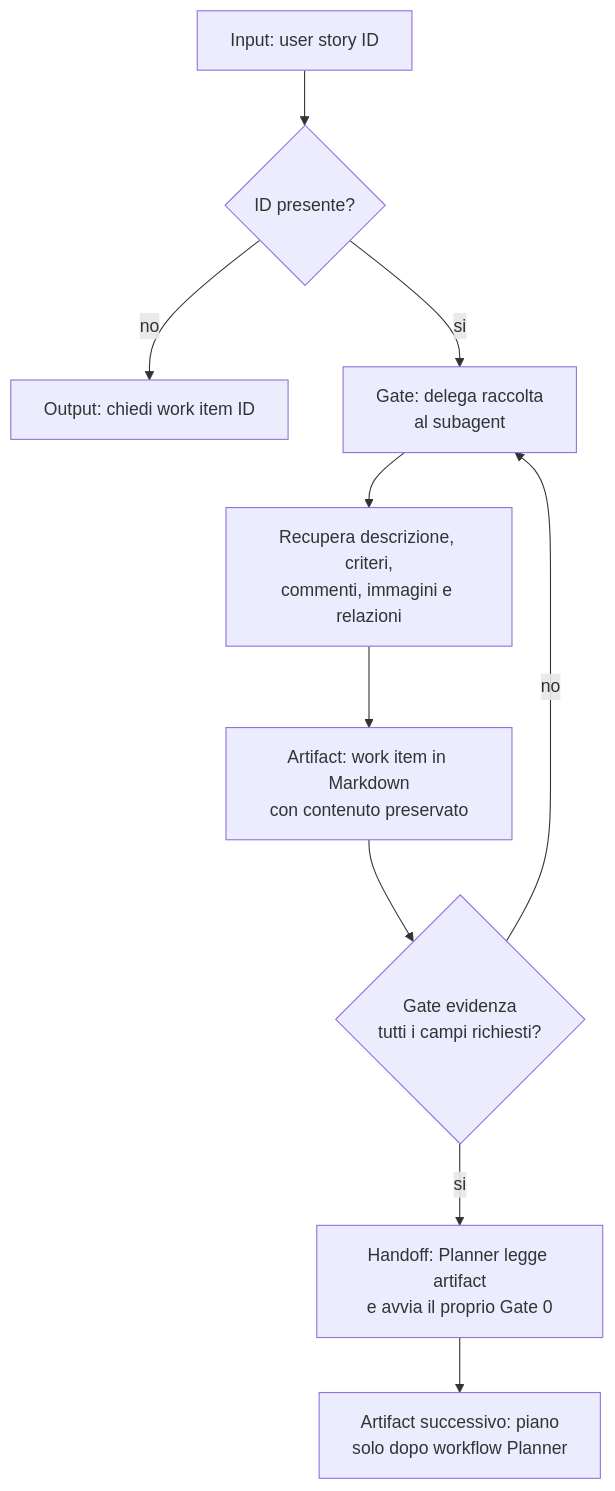
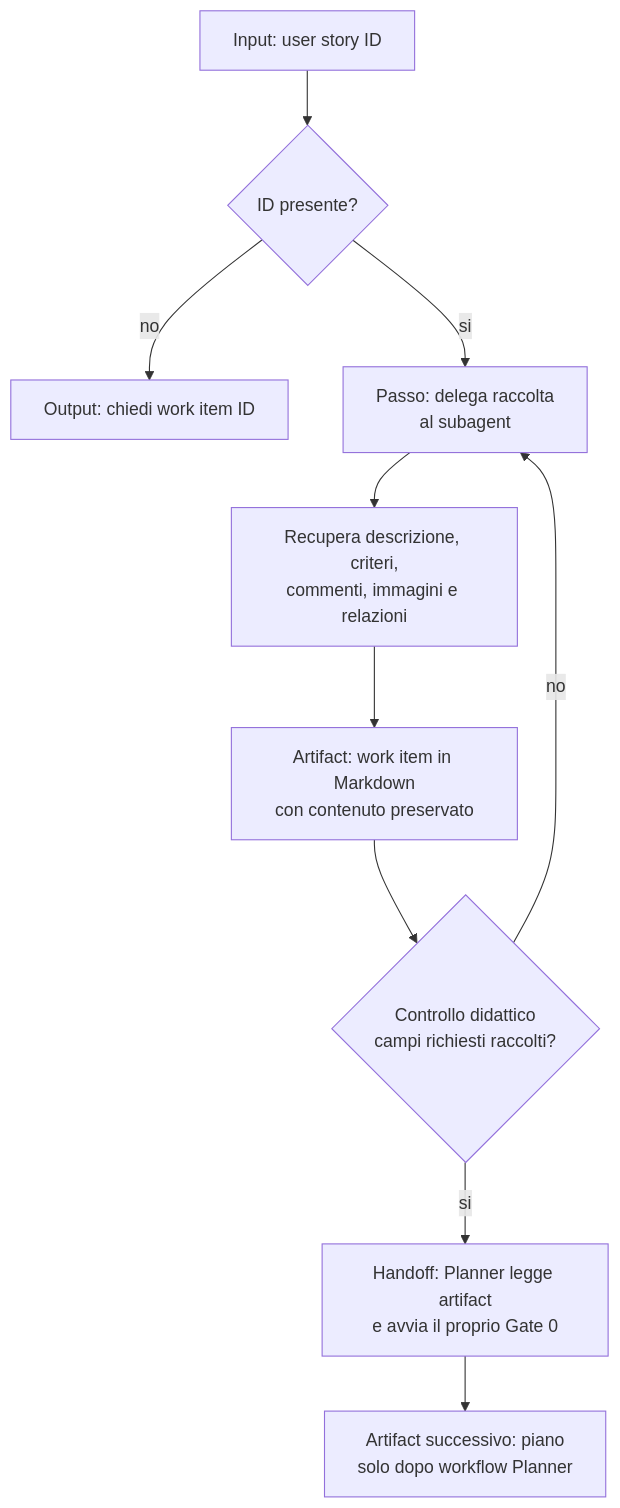
Before and after one commit to violabg/agentic-system-lessons: the diagram in role-maps/skills/plan-user-story-from-id.md, drawn with Mermaid. The commit also changed other lines of this file and 39 other files, not shown here.

````diff
--- a/role-maps/skills/plan-user-story-from-id.md
+++ b/role-maps/skills/plan-user-story-from-id.md
@@ -15,12 +15,12 @@
 ```mermaid
 flowchart TD
     StoryId[Input: user story ID] --> G0{ID presente?}
     G0 -->|no| Ask[Output: chiedi work item ID]
-    G0 -->|si| Delegate[Gate: delega raccolta<br/>al subagent]
+    G0 -->|si| Delegate[Passo: delega raccolta<br/>al subagent]
     Delegate --> Retrieve[Recupera descrizione, criteri,<br/>commenti, immagini e relazioni]
     Retrieve --> Artifact[Artifact: work item in Markdown<br/>con contenuto preservato]
-    Artifact --> G1{Gate evidenza<br/>tutti i campi richiesti?}
+    Artifact --> G1{Controllo didattico<br/>campi richiesti raccolti?}
     G1 -->|no| Delegate
     G1 -->|si| Handoff[Handoff: Planner legge artifact<br/>e avvia il proprio Gate 0]
     Handoff --> Plan[Artifact successivo: piano<br/>solo dopo workflow Planner]
 ```
````
